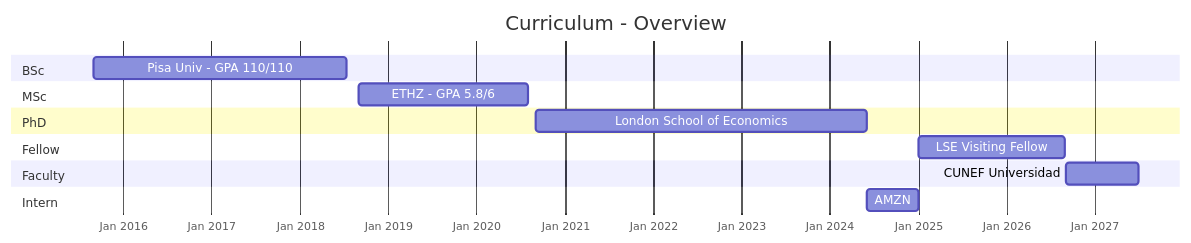
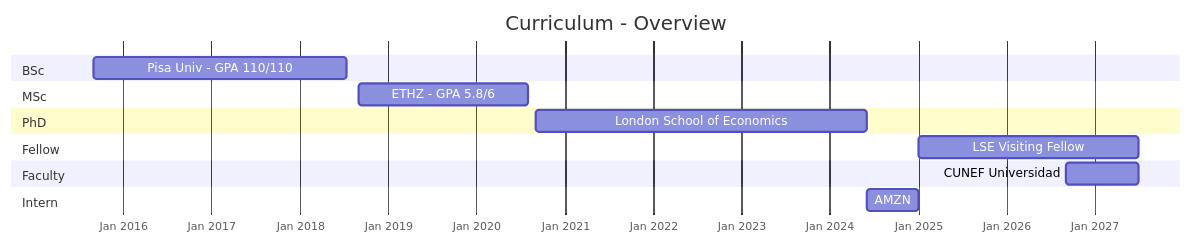
Before and after one commit to Conj34/Conj34.github.io: the first of 2 diagrams in main_pages/curriculum.qmd, drawn with Mermaid. The commit also changed other lines of this file and 28 other files, not shown here.

First line of the commit message:
Add CUNEF email; keep LSE Visiting Fellowship alongside CUNEF

````diff
--- a/main_pages/curriculum.qmd
+++ b/main_pages/curriculum.qmd
@@ -20,22 +20,22 @@
 ```{mermaid}
 %%| fig-height: 6.5
 ---
 displayMode: compact
 ---
 gantt
     title Curriculum - Overview
     dateFormat DD-MM-YYYY
     axisFormat   %b %Y
     section BSc
     Pisa Univ - GPA 110/110: L1, 01-09-2015, 1048d
     section MSc
     ETHZ - GPA 5.8/6: L1, 01-09-2018, 700d
     section PhD
     London School of Economics: L1, 01-09-2020, 1369d
     section Fellow
-    LSE Visiting Fellow : L1, 01-01-2025, 607d
+    LSE Visiting Fellow : L1, 01-01-2025, 910d
     section Faculty
     CUNEF Universidad : L1, 01-09-2026, 302d
     section Intern
     AMZN : L1, 01-06-2024, 214d
 ```
````
